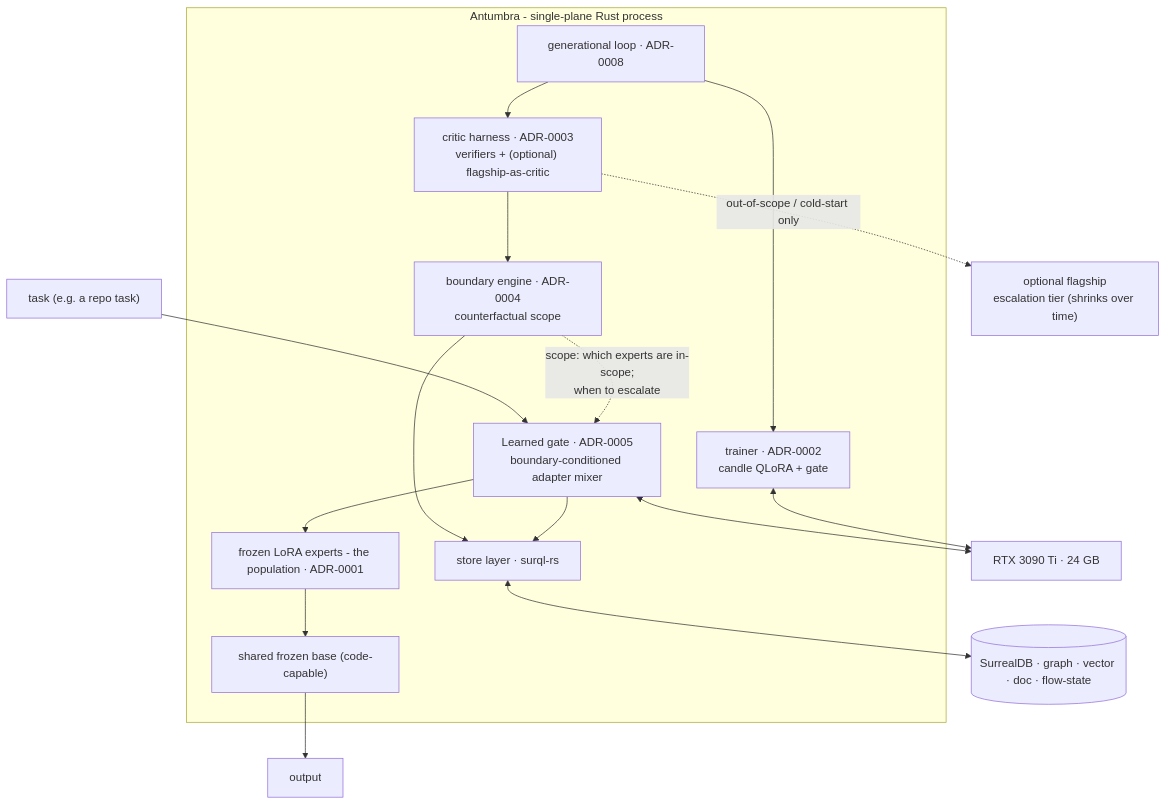
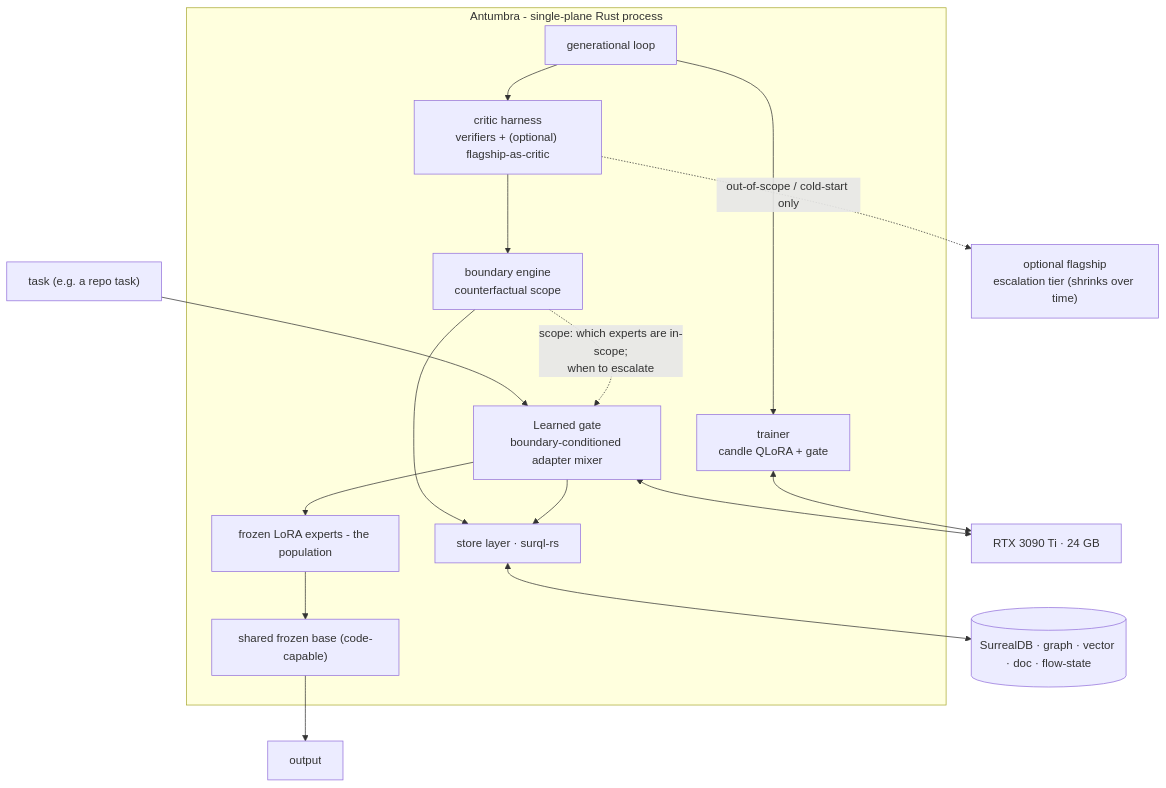
The second of 5 diagrams in docs/architecture.md (albedosehen/antumbra), drawn with Mermaid before and after one commit. The commit also changed other lines of this file and 93 other files, not shown here.

````diff
--- a/docs/architecture.md
+++ b/docs/architecture.md
@@ -39,27 +39,27 @@
 ```mermaid
 flowchart TB
     task["task (e.g. a repo task)"] --> GATE
     subgraph RUST["Antumbra - single-plane Rust process"]
-        GATE["Learned gate · ADR-0005<br/>boundary-conditioned adapter mixer"]
+        GATE["Learned gate<br/>boundary-conditioned adapter mixer"]
         BASE["shared frozen base (code-capable)"]
-        ADPT["frozen LoRA experts - the population · ADR-0001"]
-        BND["boundary engine · ADR-0004<br/>counterfactual scope"]
-        CRIT["critic harness · ADR-0003<br/>verifiers + (optional) flagship-as-critic"]
-        LOOP["generational loop · ADR-0008"]
-        TR["trainer · ADR-0002<br/>candle QLoRA + gate"]
+        ADPT["frozen LoRA experts - the population"]
+        BND["boundary engine<br/>counterfactual scope"]
+        CRIT["critic harness<br/>verifiers + (optional) flagship-as-critic"]
+        LOOP["generational loop"]
+        TR["trainer<br/>candle QLoRA + gate"]
         STORE["store layer · surql-rs"]
     end
     GATE --> ADPT
     ADPT --> BASE
     BASE --> OUT["output"]
     BND -. "scope: which experts are in-scope;<br/>when to escalate" .-> GATE
     LOOP --> TR
     LOOP --> CRIT
     CRIT --> BND
     BND --> STORE
     GATE --> STORE
     GATE <--> GPU["RTX 3090 Ti · 24 GB"]
     TR <--> GPU
     STORE <--> DB[("SurrealDB · graph · vector · doc · flow-state")]
     CRIT -. "out-of-scope / cold-start only" .-> FLAG["optional flagship<br/>escalation tier (shrinks over time)"]
 ```
````
